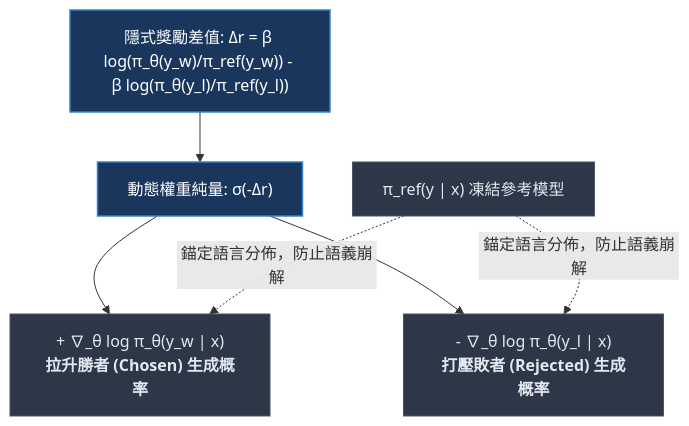
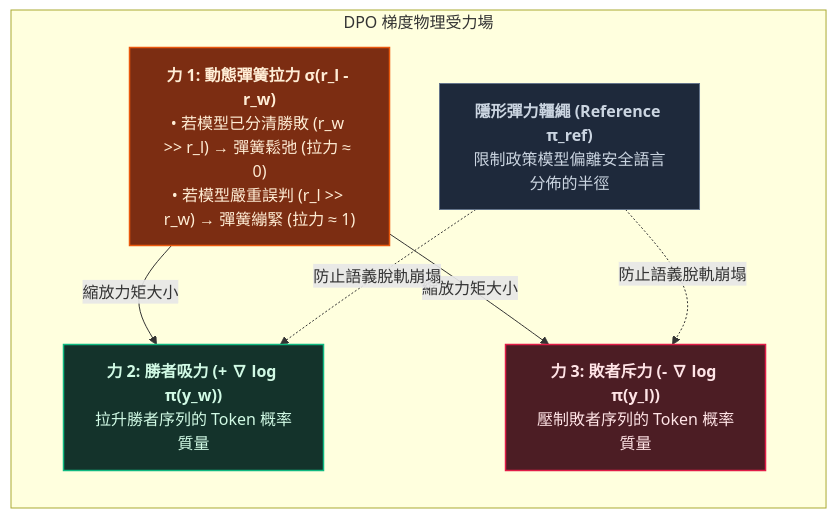
Before and after one commit to cwleung/post-training: the third of 4 diagrams in rlvr/tutorials/07_dpo_preference_optimization.md, drawn with Mermaid. The commit also changed other lines of this file and 2 other files, not shown here.

Commit message:
docs(rlvr07): enrich with intuitive mental models, metaphors, and Mermaid visual flows

````diff
--- a/rlvr/tutorials/07_dpo_preference_optimization.md
+++ b/rlvr/tutorials/07_dpo_preference_optimization.md
@@ -63,17 +139,24 @@
 ```mermaid
-flowchart TD
-    SUB["隱式獎勵差值: Δr = β log(π_θ(y_w)/π_ref(y_w)) - β log(π_θ(y_l)/π_ref(y_l))"]
-    W["動態權重純量: σ(-Δr)"]
-    
-    SUB --> W
-    W --> PUSH["+ ∇_θ log π_θ(y_w | x)<br/><b>拉升勝者 (Chosen) 生成概率</b>"]
-    W --> PULL["- ∇_θ log π_θ(y_l | x)<br/><b>打壓敗者 (Rejected) 生成概率</b>"]
-    
-    REF["π_ref(y | x) 凍結參考模型"] -.->|錨定語言分佈，防止語義崩解| PUSH
-    REF -.->|錨定語言分佈，防止語義崩解| PULL
+flowchart LR
+    subgraph TUG["DPO 梯度物理受力場"]
+        SPRING["<b>力 1: 動態彈簧拉力 σ(r_l - r_w)</b><br/>• 若模型已分清勝敗 (r_w >> r_l) → 彈簧鬆弛 (拉力 ≈ 0)<br/>• 若模型嚴重誤判 (r_l >> r_w) → 彈簧繃緊 (拉力 ≈ 1)"]
+        
+        ATTRACT["<b>力 2: 勝者吸力 (+ ∇ log π(y_w))</b><br/>拉升勝者序列的 Token 概率質量"]
+        REPEL["<b>力 3: 敗者斥力 (- ∇ log π(y_l))</b><br/>壓制敗者序列的 Token 概率質量"]
+        BUNGEE["<b>隱形彈力韁繩 (Reference π_ref)</b><br/>限制政策模型偏離安全語言分佈的半徑"]
+    end
 
-    classDef calc fill:#1a365d,stroke:#3182ce,stroke-width:1.5px,color:#fff;
-    classDef action fill:#2d3748,stroke:#4a5568,color:#e2e8f0;
-    class SUB,W calc;
-    class PUSH,PULL,REF action;
+    SPRING -->|縮放力矩大小| ATTRACT
+    SPRING -->|縮放力矩大小| REPEL
+    BUNGEE -.->|防止語義脫軌崩塌| ATTRACT
+    BUNGEE -.->|防止語義脫軌崩塌| REPEL
+
+    classDef spring fill:#7c2d12,stroke:#ea580c,stroke-width:1.5px,color:#ffedd5;
+    classDef attract fill:#14332b,stroke:#10b981,stroke-width:1.5px,color:#d1fae5;
+    classDef repel fill:#4c1d24,stroke:#e11d48,stroke-width:1.5px,color:#ffe4e6;
+    classDef bungee fill:#1e293b,stroke:#64748b,color:#cbd5e1;
+    class SPRING spring;
+    class ATTRACT attract;
+    class REPEL repel;
+    class BUNGEE bungee;
 ```
````
